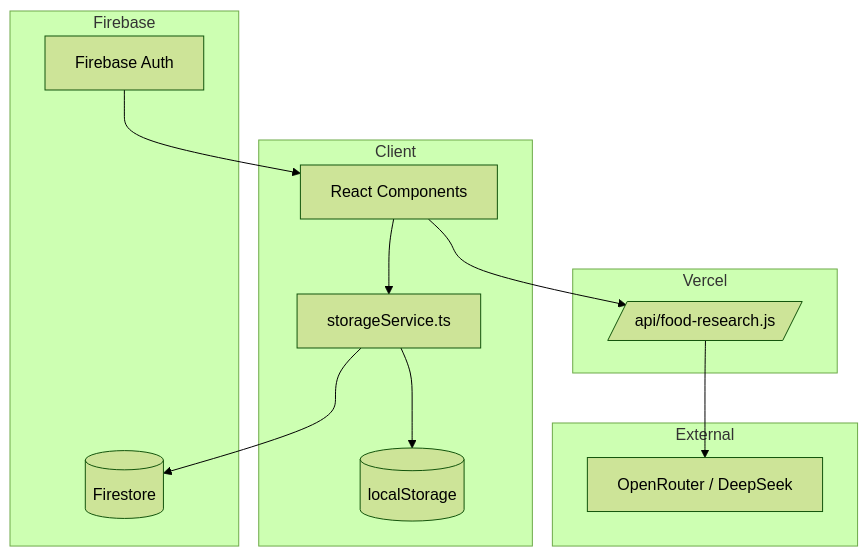
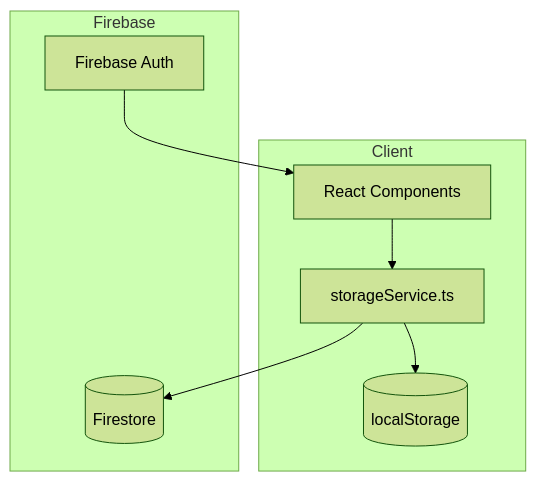
One commit to tanakaprince49-cell/NESTLYY changed the fourth of 5 diagrams in docs/app-guide.md. Above: the diagram before and after it, drawn with Mermaid (forest theme). The commit also changed other lines of this file and 18 other files, not shown here.

First line of the commit message:
fix(#300): replace food-research AI with offline nutrition picker (#322)

````diff
--- a/docs/app-guide.md
+++ b/docs/app-guide.md
@@ -66,26 +66,17 @@
 ```mermaid
 flowchart TD
     subgraph Client
         UI[React Components]
         SS[storageService.ts]
         LS[(localStorage)]
     end
 
     subgraph Firebase
         AUTH[Firebase Auth]
         FS[(Firestore)]
     end
 
-    subgraph Vercel
-        FOOD_API[/api/food-research.js/]
-    end
-
-    subgraph External
-        OR[OpenRouter / DeepSeek]
-    end
-
     UI --> SS --> LS
     SS --> FS
     AUTH --> UI
-    UI --> FOOD_API --> OR
 ```
````
